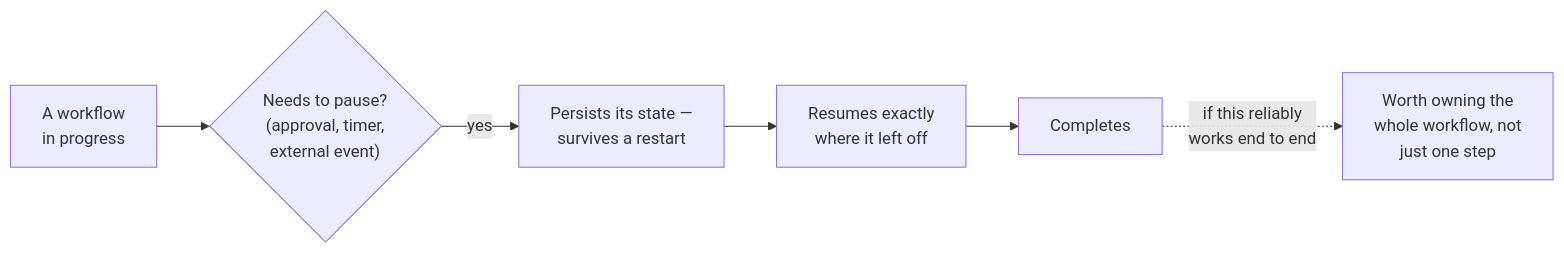
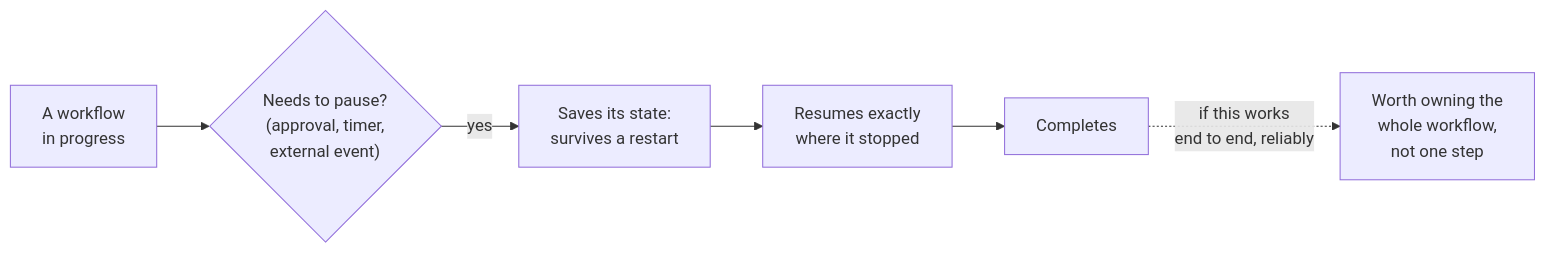
The diagram in agentic-workflows/making-a-workflow-durable-and-worth-owning.md (aakashagg123/gatsby), drawn with Mermaid before and after one commit. The commit also changed other lines of this file and 17 other files, not shown here.

````diff
--- a/agentic-workflows/making-a-workflow-durable-and-worth-owning.md
+++ b/agentic-workflows/making-a-workflow-durable-and-worth-owning.md
@@ -38,8 +42,8 @@
 ```mermaid
 flowchart LR
   RUN["A workflow<br/>in progress"] --> WAIT{"Needs to pause?<br/>(approval, timer,<br/>external event)"}
-  WAIT -->|"yes"| PERSIST["Persists its state —<br/>survives a restart"]
-  PERSIST --> RESUME["Resumes exactly<br/>where it left off"]
+  WAIT -->|"yes"| PERSIST["Saves its state:<br/>survives a restart"]
+  PERSIST --> RESUME["Resumes exactly<br/>where it stopped"]
   RESUME --> DONE["Completes"]
-  DONE -.->|"if this reliably<br/>works end to end"| CAPTURE["Worth owning the<br/>whole workflow, not<br/>just one step"]
+  DONE -.->|"if this works<br/>end to end, reliably"| CAPTURE["Worth owning the<br/>whole workflow,<br/>not one step"]
 ```
````
